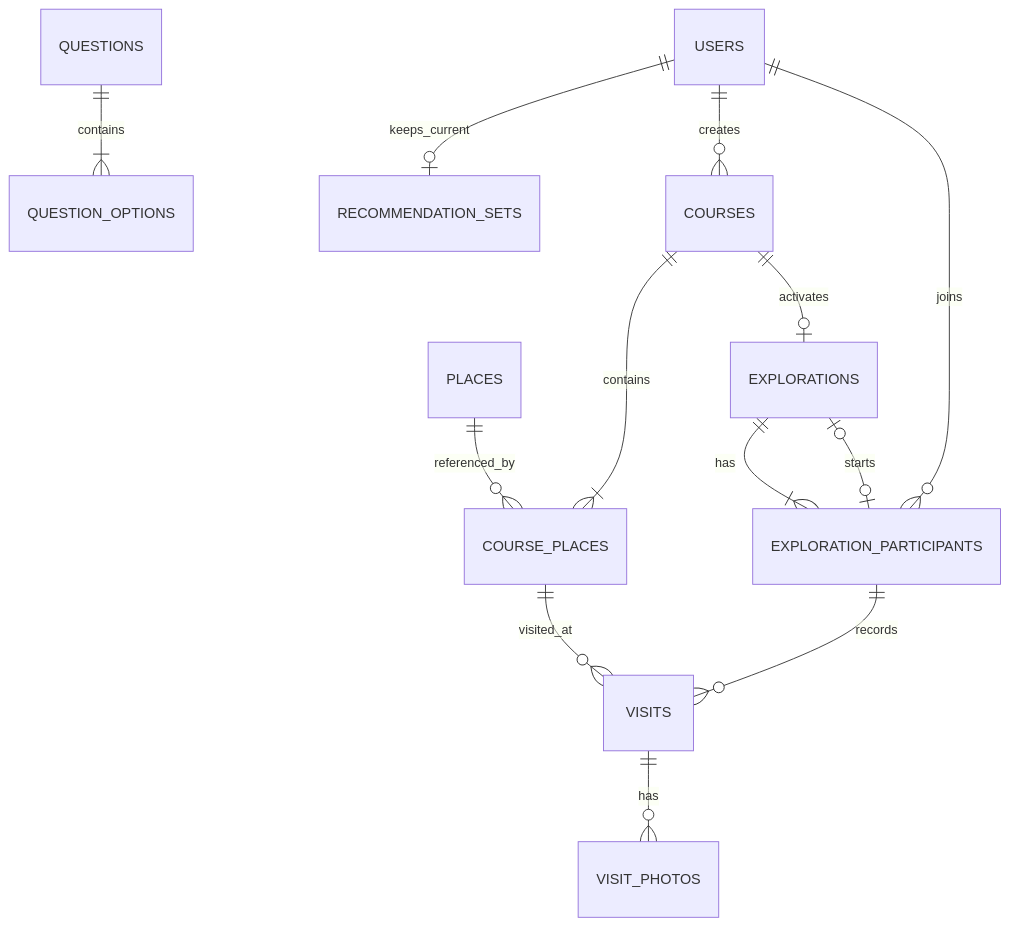
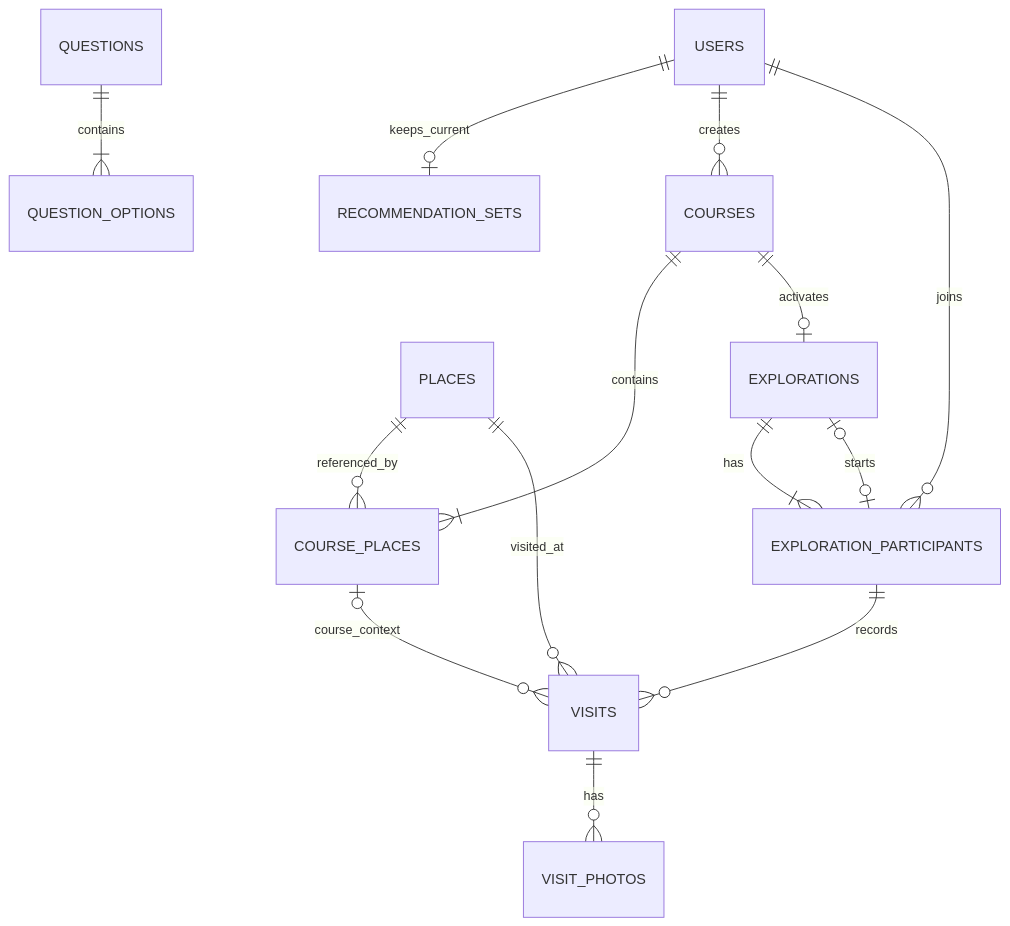
Before and after one commit to theTemperatureOfMay/beyond-may-be: the diagram in docs/architecture/backend.md, drawn with Mermaid. The commit also changed other lines of this file and 10 other files, not shown here.

````diff
--- a/docs/architecture/backend.md
+++ b/docs/architecture/backend.md
@@ -55,16 +55,17 @@
 ```mermaid
 erDiagram
     USERS ||--o| RECOMMENDATION_SETS : keeps_current
     QUESTIONS ||--|{ QUESTION_OPTIONS : contains
 
     USERS ||--o{ COURSES : creates
     COURSES ||--|{ COURSE_PLACES : contains
     PLACES ||--o{ COURSE_PLACES : referenced_by
     COURSES ||--o| EXPLORATIONS : activates
     EXPLORATIONS ||--|{ EXPLORATION_PARTICIPANTS : has
     USERS ||--o{ EXPLORATION_PARTICIPANTS : joins
     EXPLORATION_PARTICIPANTS o|--o| EXPLORATIONS : starts
-    COURSE_PLACES ||--o{ VISITS : visited_at
+    PLACES ||--o{ VISITS : visited_at
+    COURSE_PLACES o|--o{ VISITS : course_context
     EXPLORATION_PARTICIPANTS ||--o{ VISITS : records
     VISITS ||--o{ VISIT_PHOTOS : has
 ```
````
